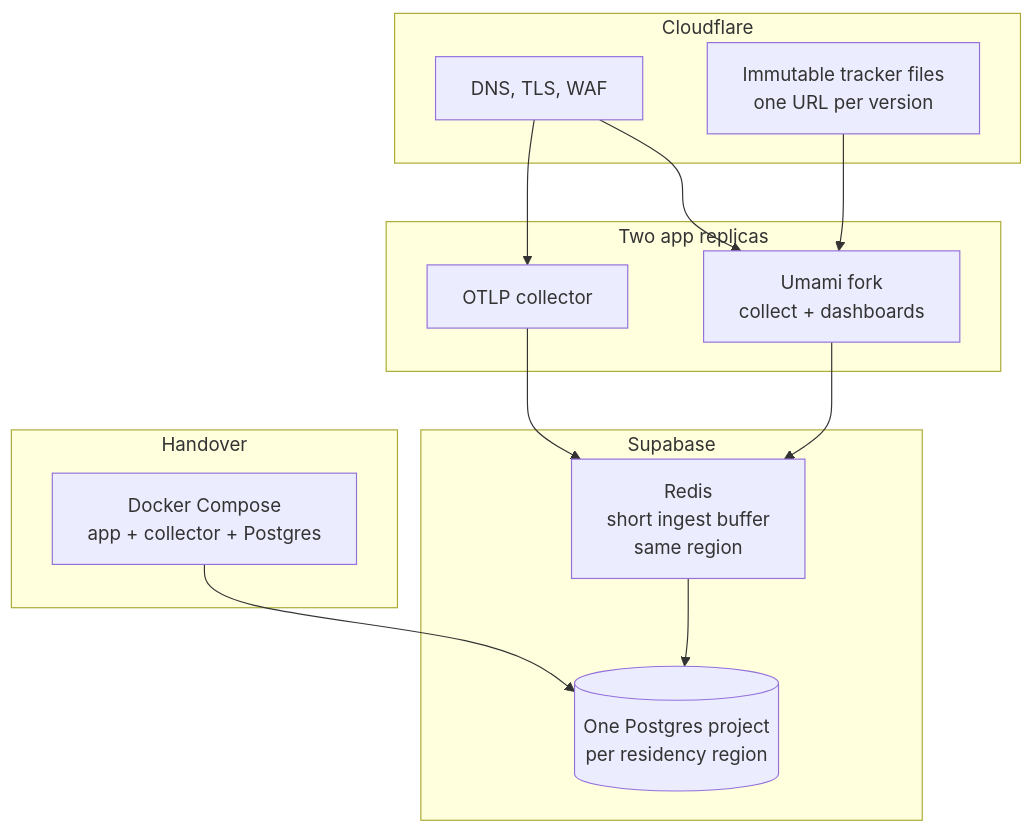
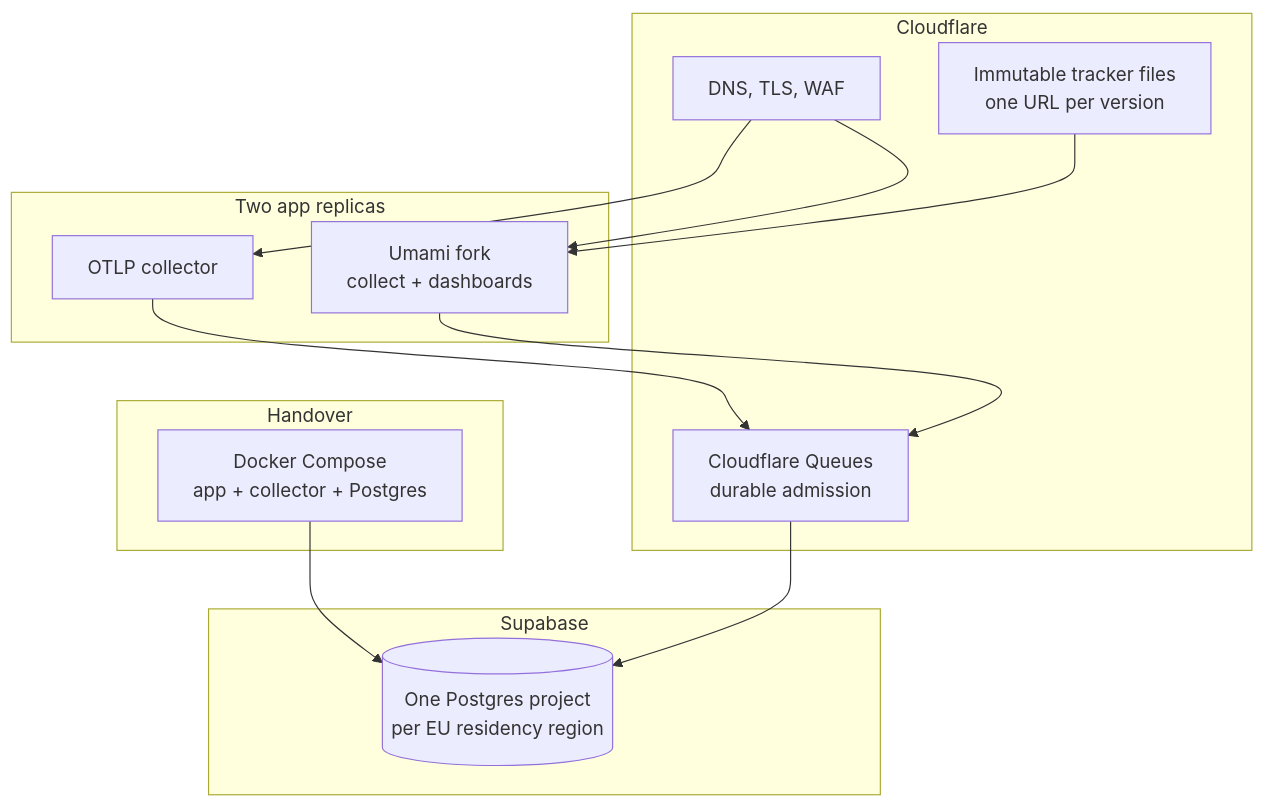
One commit to HeylmStoned/scf-analytics-docs changed the diagram in infrastructure.md. Above: the diagram before and after it, drawn with Mermaid. The commit also changed other lines of this file and 6 other files, not shown here.

First line of the commit message:
Align GitBook with durable Queues, EU residency, and explicit 99.9% deviation.

````diff
--- a/infrastructure.md
+++ b/infrastructure.md
@@ -3,28 +3,28 @@
 ```mermaid
 flowchart TB
   subgraph CF["Cloudflare"]
     DNS["DNS, TLS, WAF"]
     Assets["Immutable tracker files<br/>one URL per version"]
+    Q["Cloudflare Queues<br/>durable admission"]
   end
 
   subgraph App["Two app replicas"]
     Umami["Umami fork<br/>collect + dashboards"]
     Collector["OTLP collector"]
   end
 
   subgraph Store["Supabase"]
-    PG[("One Postgres project<br/>per residency region")]
-    Redis["Redis<br/>short ingest buffer<br/>same region"]
+    PG[("One Postgres project<br/>per EU residency region")]
   end
 
   subgraph Handback["Handover"]
     Compose["Docker Compose<br/>app + collector + Postgres"]
   end
 
   DNS --> Umami
   DNS --> Collector
   Assets --> Umami
-  Umami --> Redis --> PG
-  Collector --> Redis
+  Umami --> Q --> PG
+  Collector --> Q
   Compose --> PG
 ```
````
